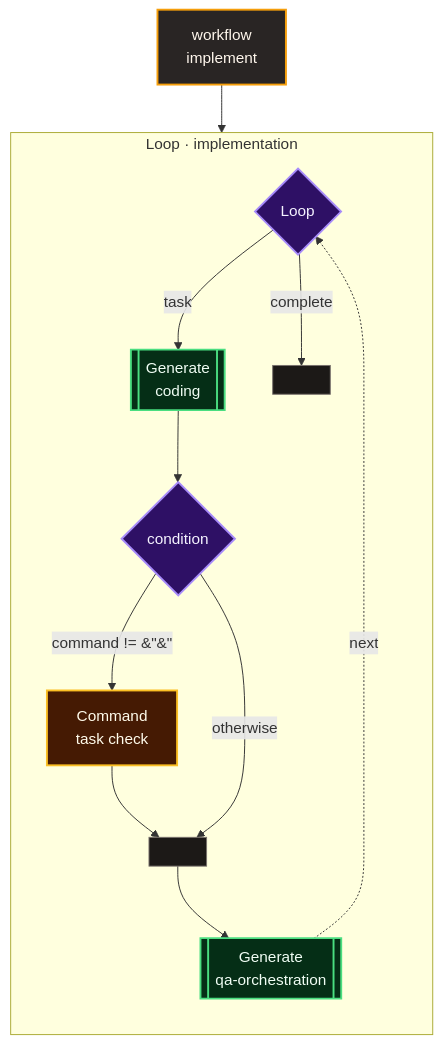
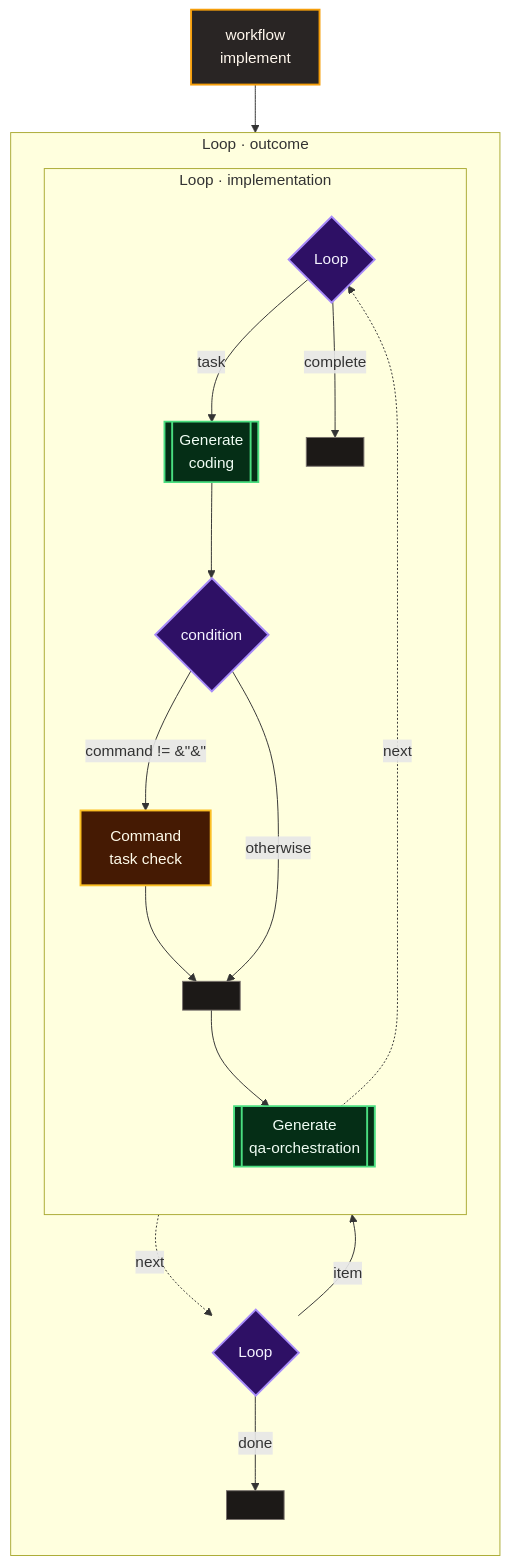
The diagram in docs-site/src/lib/generated/workflows/implement.mmd (tylergannon/gimbal), drawn with Mermaid before and after one commit. The commit also changed 109 other files, not shown here.

```diff
--- a/docs-site/src/lib/generated/workflows/implement.mmd
+++ b/docs-site/src/lib/generated/workflows/implement.mmd
@@ -1,31 +1,39 @@
 %% Code generated by gimblegen. DO NOT EDIT.
 flowchart TD
   n1["workflow<br/>implement"]:::workflow
-  subgraph s2["Loop · implementation"]
+  subgraph s2["Loop · outcome"]
     direction TB
     n3{"Loop"}:::structure
     n4[" "]:::boundary
-    n5[["Generate<br/>coding"]]:::generate
-    n6{"condition"}:::structure
-    n7[" "]:::boundary
-    n8["Command<br/>task check"]:::command
-    n6 -->|"command != &#34;&#34;"| n8
-    n8 --> n7
-    n6 -->|"otherwise"| n7
-    n5 --> n6
-    n9[["Generate<br/>qa-orchestration"]]:::generate
-    n7 --> n9
-    n3 -->|"task"| n5
-    n9 -. "next" .-> n3
-    n3 -->|"complete"| n4
+    subgraph s5["Loop · implementation"]
+      direction TB
+      n6{"Loop"}:::structure
+      n7[" "]:::boundary
+      n8[["Generate<br/>coding"]]:::generate
+      n9{"condition"}:::structure
+      n10[" "]:::boundary
+      n11["Command<br/>task check"]:::command
+      n9 -->|"command != &#34;&#34;"| n11
+      n11 --> n10
+      n9 -->|"otherwise"| n10
+      n8 --> n9
+      n12[["Generate<br/>qa-orchestration"]]:::generate
+      n10 --> n12
+      n6 -->|"task"| n8
+      n12 -. "next" .-> n6
+      n6 -->|"complete"| n7
+    end
+    n3 -->|"item"| n6
+    n7 -. "next" .-> n3
+    n3 -->|"done"| n4
   end
   n1 --> n3
   classDef workflow fill:#292524,stroke:#f59e0b,color:#fff7ed,stroke-width:2px
   classDef generate fill:#052e16,stroke:#4ade80,color:#f0fdf4,stroke-width:2px
   classDef interview fill:#3b0764,stroke:#c084fc,color:#faf5ff
   classDef command fill:#451a03,stroke:#fbbf24,color:#fffbeb,stroke-width:2px
   classDef structure fill:#2e1065,stroke:#a78bfa,color:#f5f3ff,stroke-width:2px
   classDef arm fill:#172554,stroke:#60a5fa,color:#eff6ff
   classDef exit fill:#262626,stroke:#a3a3a3,color:#fafafa
   classDef diagnostic fill:#450a0a,stroke:#f87171,color:#fef2f2,stroke-width:2px
   classDef boundary fill:#1c1917,stroke:#78716c,color:#d6d3d1
```
